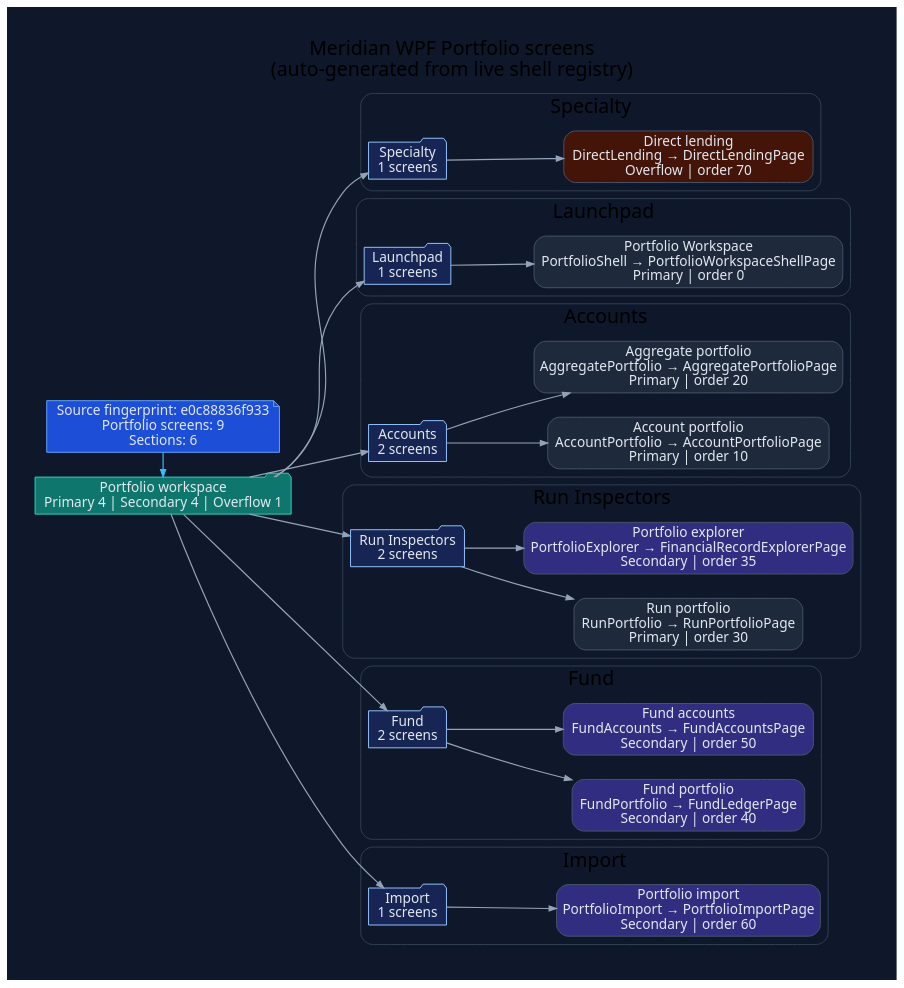
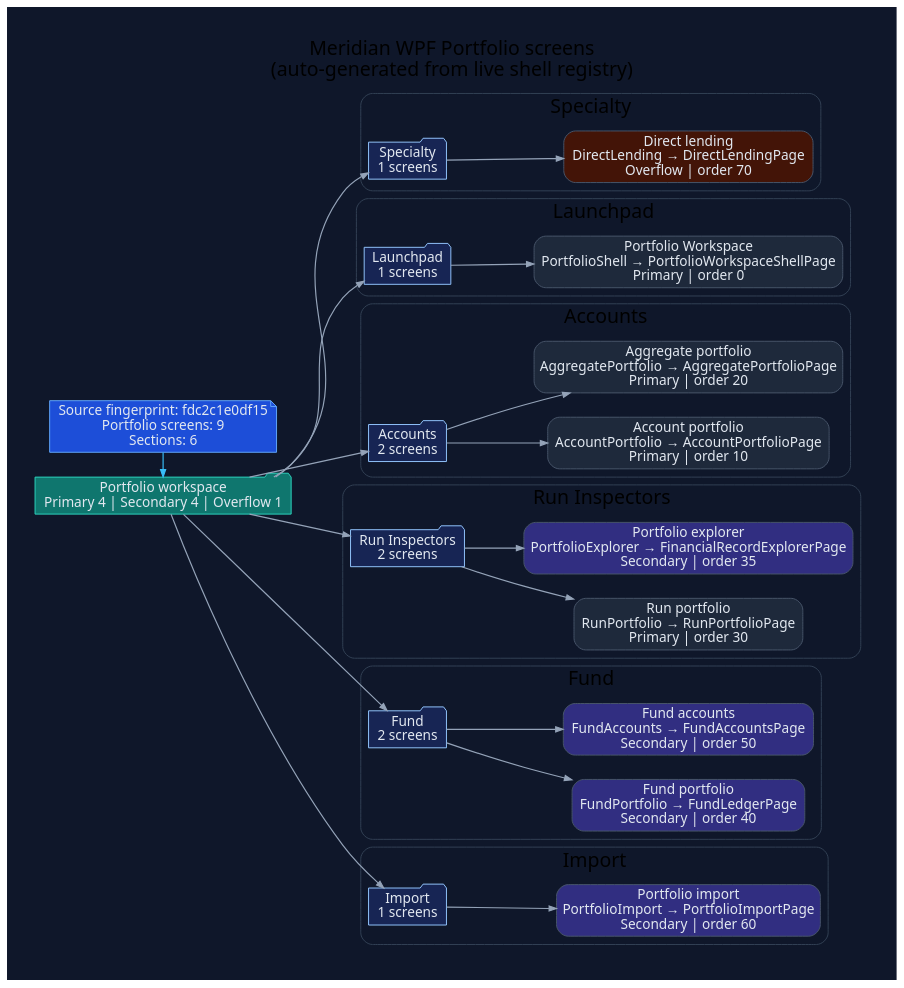
The diagram in docs/diagrams/ui-wpf-screens-portfolio.dot (rodoHasArrived/Meridian-main), drawn with Graphviz before and after one commit. The commit also changed 187 other files, not shown here.

```diff
--- a/docs/diagrams/ui-wpf-screens-portfolio.dot
+++ b/docs/diagrams/ui-wpf-screens-portfolio.dot
@@ -1,92 +1,92 @@
 // -----------------------------------------------------------------------------
 // <auto-generated>
 // Generated by scripts/generate-diagrams.mjs.
 // Do not edit this file directly; update the WPF source files instead.
 // -----------------------------------------------------------------------------
 digraph WpfPortfolioScreens {
   graph [
     rankdir=LR,
     labelloc=t,
     label="Meridian WPF Portfolio screens\n(auto-generated from live shell registry)",
     fontname="Segoe UI",
     fontsize=20,
     pad=0.4,
     nodesep=0.35,
     ranksep=0.85,
     bgcolor="#0f172a"
   ];
   node [fontname="Segoe UI", shape=box, style="rounded,filled", color="#475569", fontcolor="#e2e8f0", fillcolor="#1e293b"];
   edge [fontname="Segoe UI", color="#94a3b8", penwidth=1.2, arrowsize=0.75];
 
-  generated [shape=note, fillcolor="#1d4ed8", color="#60a5fa", label="Source fingerprint: e0c88836f933\nPortfolio screens: 9\nSections: 6"];
+  generated [shape=note, fillcolor="#1d4ed8", color="#60a5fa", label="Source fingerprint: fdc2c1e0df15\nPortfolio screens: 9\nSections: 6"];
   workspace [shape=folder, fillcolor="#0f766e", color="#2dd4bf", label="Portfolio workspace\nPrimary 4 | Secondary 4 | Overflow 1"];
   generated -> workspace [color="#38bdf8"];
 
   subgraph cluster_section_1 {
     label="Specialty";
     color="#334155";
     style="rounded";
     section_1 [shape=folder, fillcolor="#172554", color="#93c5fd", label="Specialty\n1 screens"];
     workspace -> section_1;
     screen_DirectLending [fillcolor="#431407", label="Direct lending\nDirectLending → DirectLendingPage\nOverflow | order 70"];
     section_1 -> screen_DirectLending;
   }
 
   subgraph cluster_section_2 {
     label="Launchpad";
     color="#334155";
     style="rounded";
     section_2 [shape=folder, fillcolor="#172554", color="#93c5fd", label="Launchpad\n1 screens"];
     workspace -> section_2;
     screen_PortfolioShell [fillcolor="#1e293b", label="Portfolio Workspace\nPortfolioShell → PortfolioWorkspaceShellPage\nPrimary | order 0"];
     section_2 -> screen_PortfolioShell;
   }
 
   subgraph cluster_section_3 {
     label="Accounts";
     color="#334155";
     style="rounded";
     section_3 [shape=folder, fillcolor="#172554", color="#93c5fd", label="Accounts\n2 screens"];
     workspace -> section_3;
     screen_AccountPortfolio [fillcolor="#1e293b", label="Account portfolio\nAccountPortfolio → AccountPortfolioPage\nPrimary | order 10"];
     section_3 -> screen_AccountPortfolio;
     screen_AggregatePortfolio [fillcolor="#1e293b", label="Aggregate portfolio\nAggregatePortfolio → AggregatePortfolioPage\nPrimary | order 20"];
     section_3 -> screen_AggregatePortfolio;
   }
 
   subgraph cluster_section_4 {
     label="Run Inspectors";
     color="#334155";
     style="rounded";
     section_4 [shape=folder, fillcolor="#172554", color="#93c5fd", label="Run Inspectors\n2 screens"];
     workspace -> section_4;
     screen_RunPortfolio [fillcolor="#1e293b", label="Run portfolio\nRunPortfolio → RunPortfolioPage\nPrimary | order 30"];
     section_4 -> screen_RunPortfolio;
     screen_PortfolioExplorer [fillcolor="#312e81", label="Portfolio explorer\nPortfolioExplorer → FinancialRecordExplorerPage\nSecondary | order 35"];
     section_4 -> screen_PortfolioExplorer;
   }
 
   subgraph cluster_section_5 {
     label="Fund";
     color="#334155";
     style="rounded";
     section_5 [shape=folder, fillcolor="#172554", color="#93c5fd", label="Fund\n2 screens"];
     workspace -> section_5;
     screen_FundPortfolio [fillcolor="#312e81", label="Fund portfolio\nFundPortfolio → FundLedgerPage\nSecondary | order 40"];
     section_5 -> screen_FundPortfolio;
     screen_FundAccounts [fillcolor="#312e81", label="Fund accounts\nFundAccounts → FundAccountsPage\nSecondary | order 50"];
     section_5 -> screen_FundAccounts;
   }
 
   subgraph cluster_section_6 {
     label="Import";
     color="#334155";
     style="rounded";
     section_6 [shape=folder, fillcolor="#172554", color="#93c5fd", label="Import\n1 screens"];
     workspace -> section_6;
     screen_PortfolioImport [fillcolor="#312e81", label="Portfolio import\nPortfolioImport → PortfolioImportPage\nSecondary | order 60"];
     section_6 -> screen_PortfolioImport;
   }
 
   { rank=min; generated; workspace; }
 }
```
